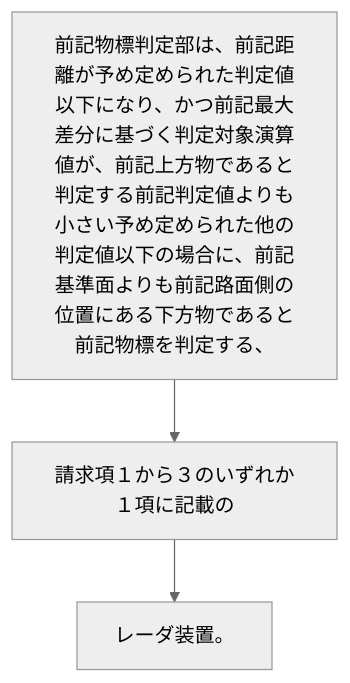
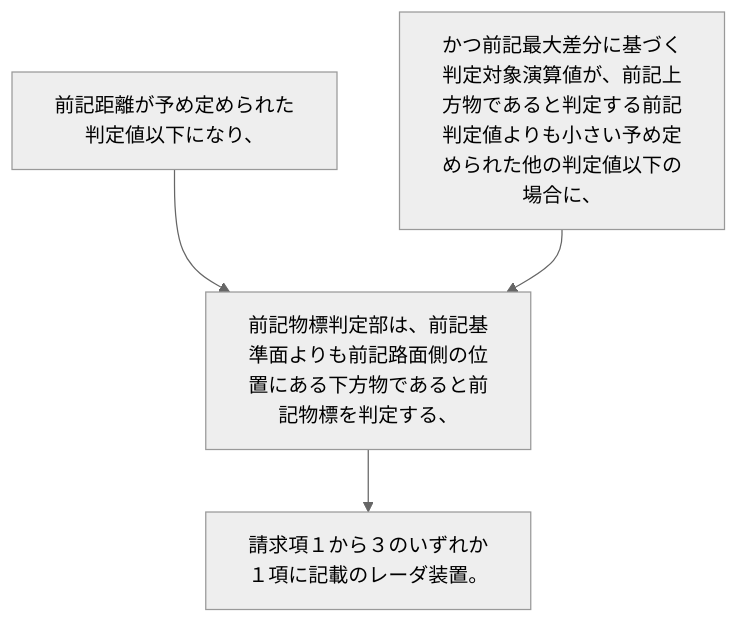
One commit to shinmori55/patent_analyzed changed the diagram in 2024/JP2024021637A/claim_9/README.md. Above: the diagram before and after it, drawn with Mermaid (neutral theme). The commit also changed 336 other files, not shown here.

````diff
--- a/2024/JP2024021637A/claim_9/README.md
+++ b/2024/JP2024021637A/claim_9/README.md
@@ -5,8 +5,10 @@
 ```mermaid
 flowchart TD
-A[前記物標判定部は、前記距離が予め定められた判定値以下になり、かつ前記最大差分に基づく判定対象演算値が、前記上方物であると判定する前記判定値よりも小さい予め定められた他の判定値以下の場合に、前記基準面よりも前記路面側の位置にある下方物であると前記物標を判定する、]
-B[請求項１から３のいずれか１項に記載の]
-C[レーダ装置。]
-A --> B
+A[前記距離が予め定められた判定値以下になり、]
+B[かつ前記最大差分に基づく判定対象演算値が、前記上方物であると判定する前記判定値よりも小さい予め定められた他の判定値以下の場合に、]
+C[前記物標判定部は、前記基準面よりも前記路面側の位置にある下方物であると前記物標を判定する、]
+D[請求項１から３のいずれか１項に記載のレーダ装置。]
+A --> C
 B --> C
+C --> D
 ```
````
